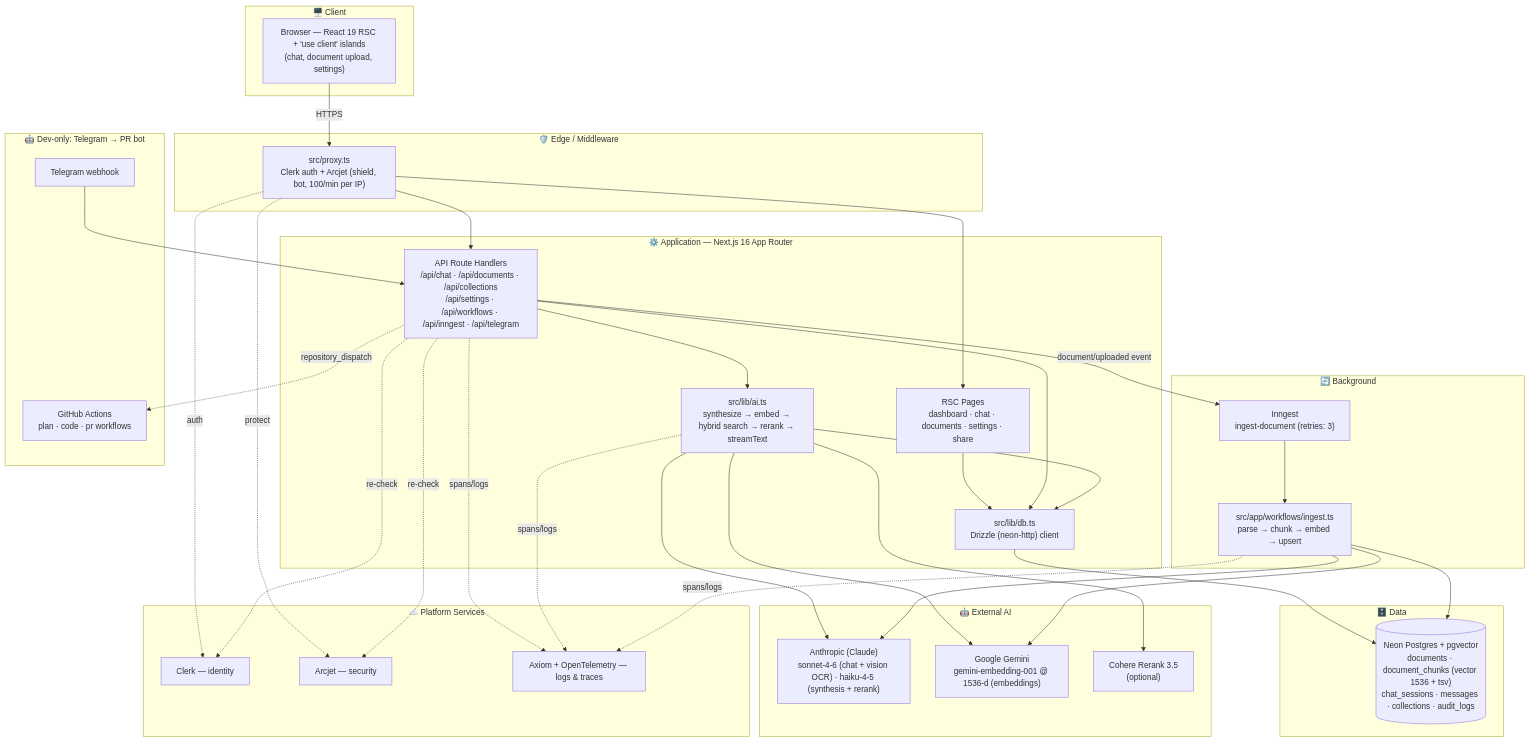
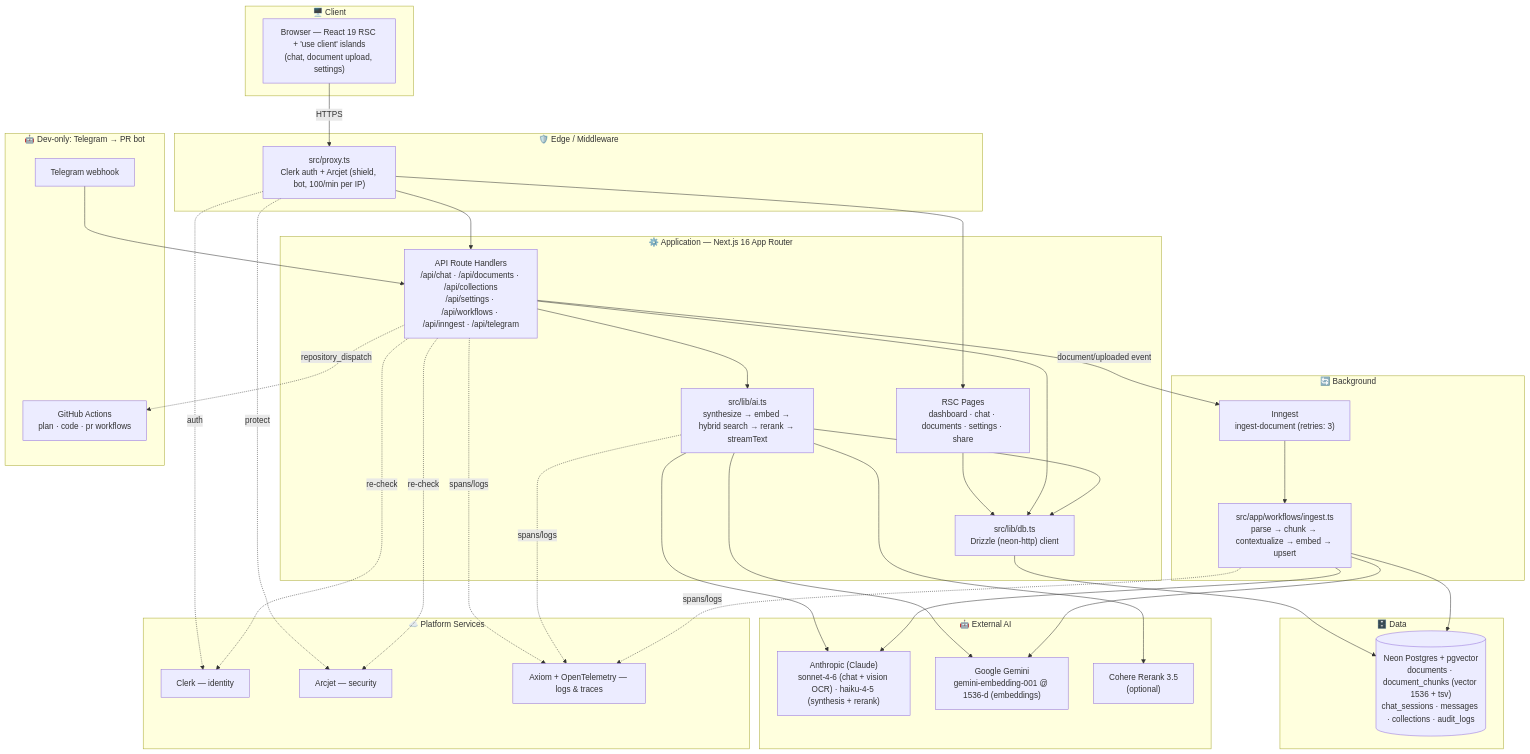
Before and after one commit to bilalzafar256/knowledge-assistant: the first of 3 diagrams in SYSTEM_ARCHITECTURE.md, drawn with Mermaid. The commit also changed other lines of this file and 48 other files, not shown here.

````diff
--- a/SYSTEM_ARCHITECTURE.md
+++ b/SYSTEM_ARCHITECTURE.md
@@ -15,67 +15,67 @@
 ```mermaid
 flowchart TB
     subgraph Client["🖥️ Client"]
         Browser["Browser — React 19 RSC + 'use client' islands<br/>(chat, document upload, settings)"]
     end
 
     subgraph Edge["🛡️ Edge / Middleware"]
         Proxy["src/proxy.ts<br/>Clerk auth + Arcjet (shield, bot, 100/min per IP)"]
     end
 
     subgraph App["⚙️ Application — Next.js 16 App Router"]
         Pages["RSC Pages<br/>dashboard · chat · documents · settings · share"]
         API["API Route Handlers<br/>/api/chat · /api/documents · /api/collections<br/>/api/settings · /api/workflows · /api/inngest · /api/telegram"]
         AILib["src/lib/ai.ts<br/>synthesize → embed → hybrid search → rerank → streamText"]
         DBLib["src/lib/db.ts<br/>Drizzle (neon-http) client"]
     end
 
     subgraph Data["🗄️ Data"]
         Neon[("Neon Postgres + pgvector<br/>documents · document_chunks (vector 1536 + tsv)<br/>chat_sessions · messages · collections · audit_logs")]
     end
 
     subgraph AI["🤖 External AI"]
         Anthropic["Anthropic (Claude)<br/>sonnet-4-6 (chat + vision OCR) · haiku-4-5 (synthesis + rerank)"]
         Gemini["Google Gemini<br/>gemini-embedding-001 @ 1536-d (embeddings)"]
         Cohere["Cohere Rerank 3.5<br/>(optional)"]
     end
 
     subgraph Platform["☁️ Platform Services"]
         Clerk["Clerk — identity"]
         Arcjet["Arcjet — security"]
         Axiom["Axiom + OpenTelemetry — logs & traces"]
     end
 
     subgraph Background["🔄 Background"]
         Inngest["Inngest<br/>ingest-document (retries: 3)"]
-        Ingest["src/app/workflows/ingest.ts<br/>parse → chunk → embed → upsert"]
+        Ingest["src/app/workflows/ingest.ts<br/>parse → chunk → contextualize → embed → upsert"]
     end
 
     subgraph Bot["🤖 Dev-only: Telegram → PR bot"]
         TG["Telegram webhook"]
         GHA["GitHub Actions<br/>plan · code · pr workflows"]
     end
 
     Browser -->|HTTPS| Proxy
     Proxy --> Pages
     Proxy --> API
     Pages --> DBLib
     API --> AILib
     API --> DBLib
     AILib --> Anthropic
     AILib --> Gemini
     AILib --> Cohere
     AILib --> DBLib
     DBLib --> Neon
     Proxy -.auth.-> Clerk
     Proxy -.protect.-> Arcjet
     API -.re-check.-> Clerk
     API -.re-check.-> Arcjet
     API -->|document/uploaded event| Inngest
     Inngest --> Ingest
     Ingest --> Anthropic
     Ingest --> Gemini
     Ingest --> Neon
     API & AILib & Ingest -.spans/logs.-> Axiom
     TG --> API
     API -.repository_dispatch.-> GHA
 ```
````
